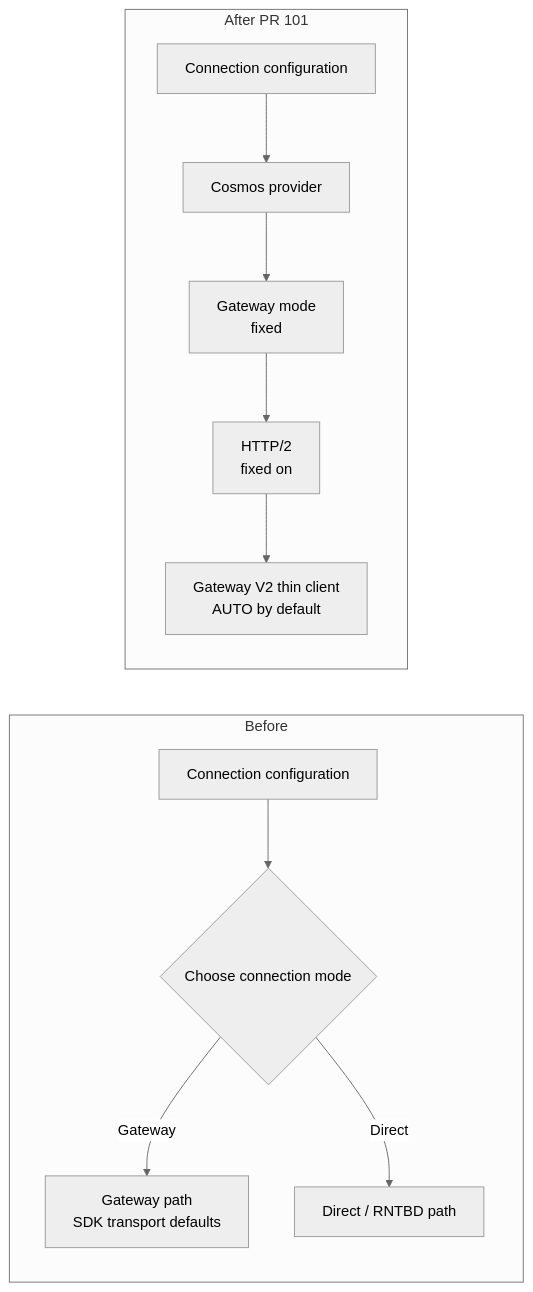
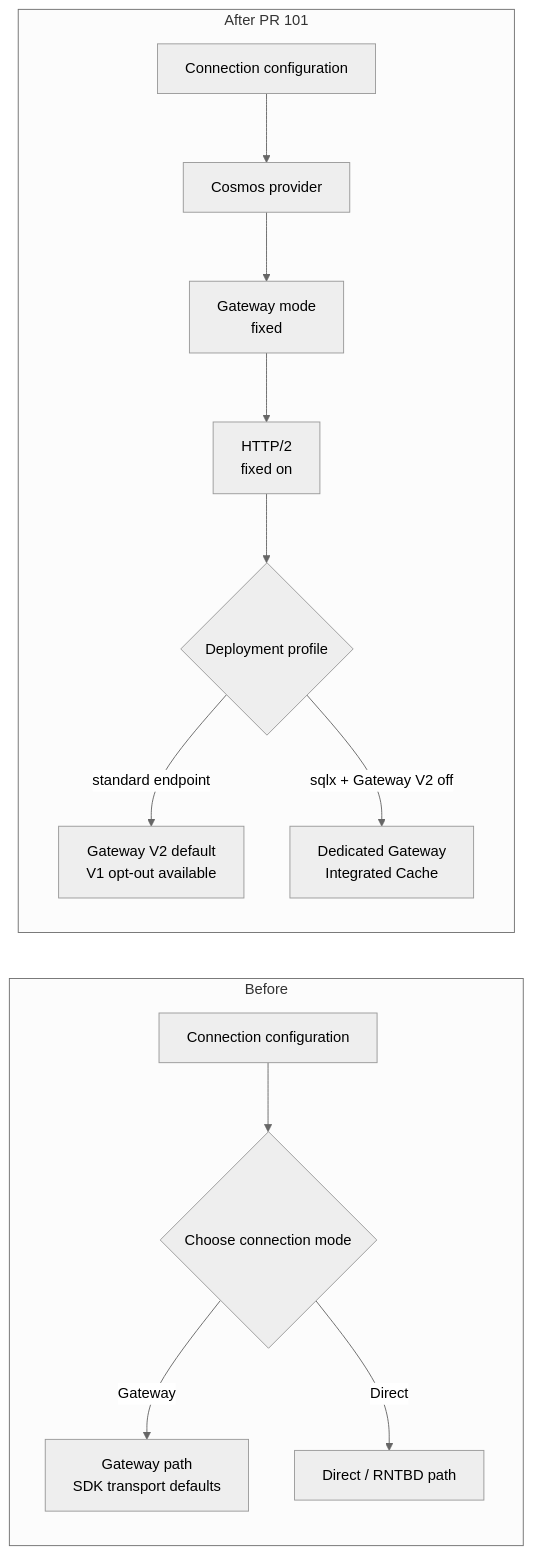
Before and after one commit to allenkim0129/multiclouddb-sdk-for-java: the first of 4 diagrams in specs/feat/cosmos-gateway-defaults/design.md, drawn with Mermaid (neutral theme). The commit also changed other lines of this file and 17 other files, not shown here.

````diff
--- a/specs/feat/cosmos-gateway-defaults/design.md
+++ b/specs/feat/cosmos-gateway-defaults/design.md
@@ -25,19 +26,21 @@
 ```mermaid
 flowchart LR
     subgraph Before["Before"]
         direction TB
         BConfig["Connection configuration"]
         BConfig --> BMode{"Choose connection mode"}
         BMode -->|Gateway| BGateway["Gateway path<br/>SDK transport defaults"]
         BMode -->|Direct| BDirect["Direct / RNTBD path"]
     end
 
     subgraph After["After PR 101"]
         direction TB
         AConfig["Connection configuration"]
         AConfig --> AProvider["Cosmos provider"]
         AProvider --> AGateway["Gateway mode<br/>fixed"]
         AGateway --> AHttp2["HTTP/2<br/>fixed on"]
-        AHttp2 --> AThin["Gateway V2 thin client<br/>AUTO by default"]
+        AHttp2 --> AProfile{"Deployment profile"}
+        AProfile -->|standard endpoint| AThin["Gateway V2 default<br/>V1 opt-out available"]
+        AProfile -->|sqlx + Gateway V2 off| ACache["Dedicated Gateway<br/>Integrated Cache"]
     end
 ```
````
